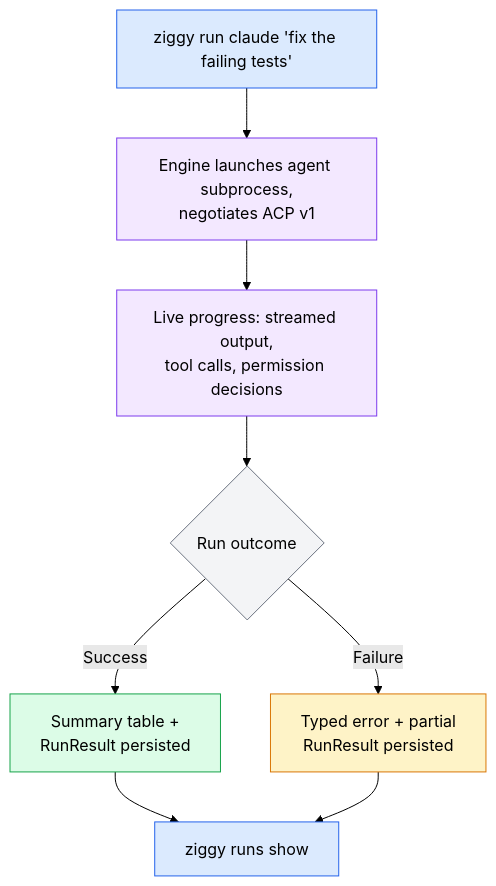
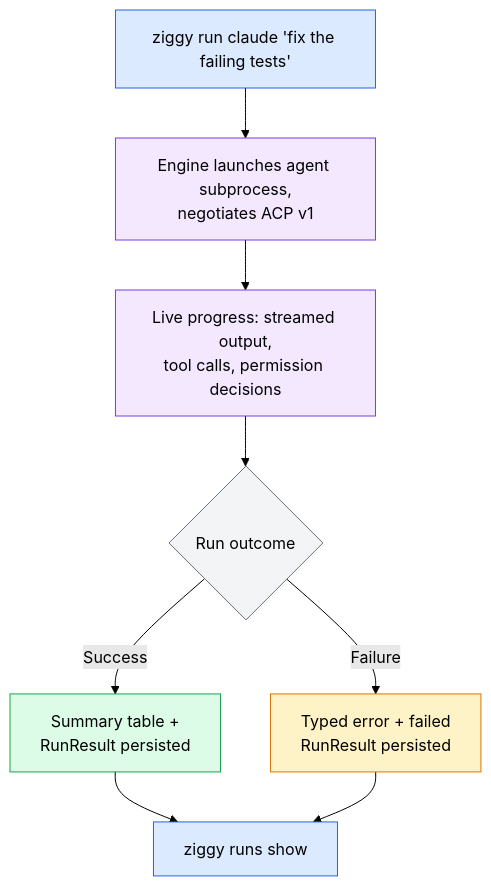
The second of 5 diagrams in specs/ziggy-mvp-SPEC.md (sequenzia/ziggy), drawn with Mermaid (forest theme) before and after one commit. The commit also changed other lines of this file, not shown here.

````diff
--- a/specs/ziggy-mvp-SPEC.md
+++ b/specs/ziggy-mvp-SPEC.md
@@ -106,16 +118,16 @@
 ```mermaid
 flowchart TD
     A["ziggy run claude 'fix the failing tests'"]:::primary --> B["Engine launches agent subprocess,<br/>negotiates ACP v1"]:::secondary
     B --> C["Live progress: streamed output,<br/>tool calls, permission decisions"]:::secondary
     C --> D{Run outcome}:::neutral
     D -->|Success| E["Summary table +<br/>RunResult persisted"]:::success
-    D -->|Failure| F["Typed error + partial<br/>RunResult persisted"]:::warning
+    D -->|Failure| F["Typed error + failed<br/>RunResult persisted"]:::warning
     E --> G["ziggy runs show <run-id>"]:::primary
     F --> G
 
     classDef primary fill:#dbeafe,stroke:#2563eb,color:#000
     classDef secondary fill:#f3e8ff,stroke:#7c3aed,color:#000
     classDef success fill:#dcfce7,stroke:#16a34a,color:#000
     classDef warning fill:#fef3c7,stroke:#d97706,color:#000
     classDef neutral fill:#f3f4f6,stroke:#6b7280,color:#000
 ```
````
